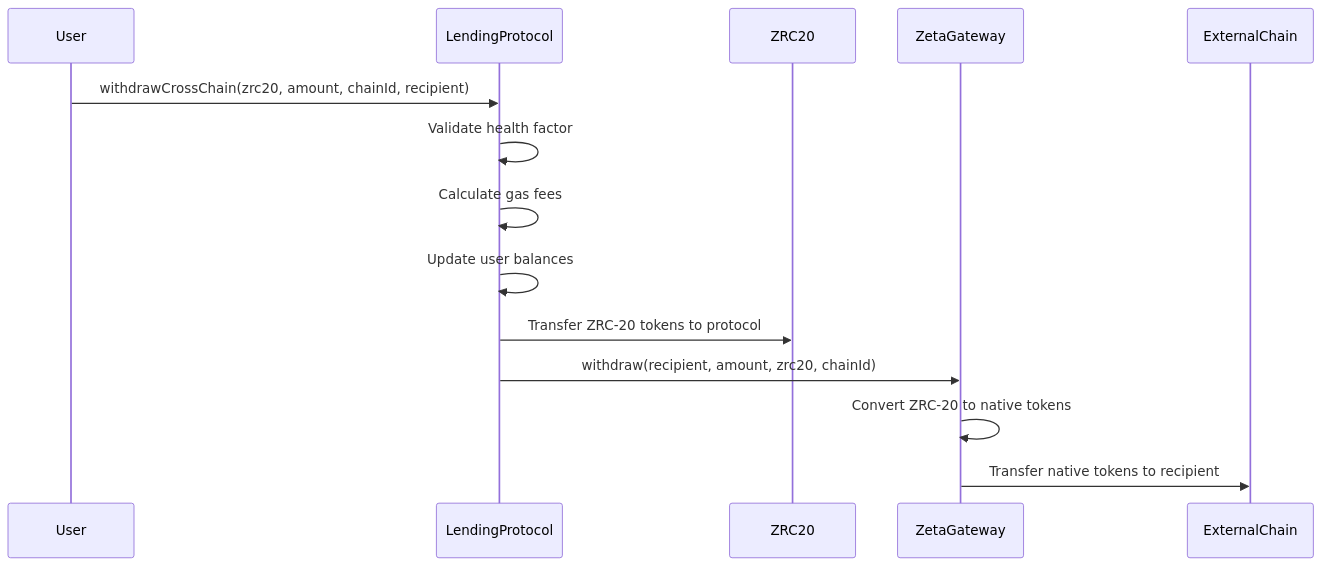
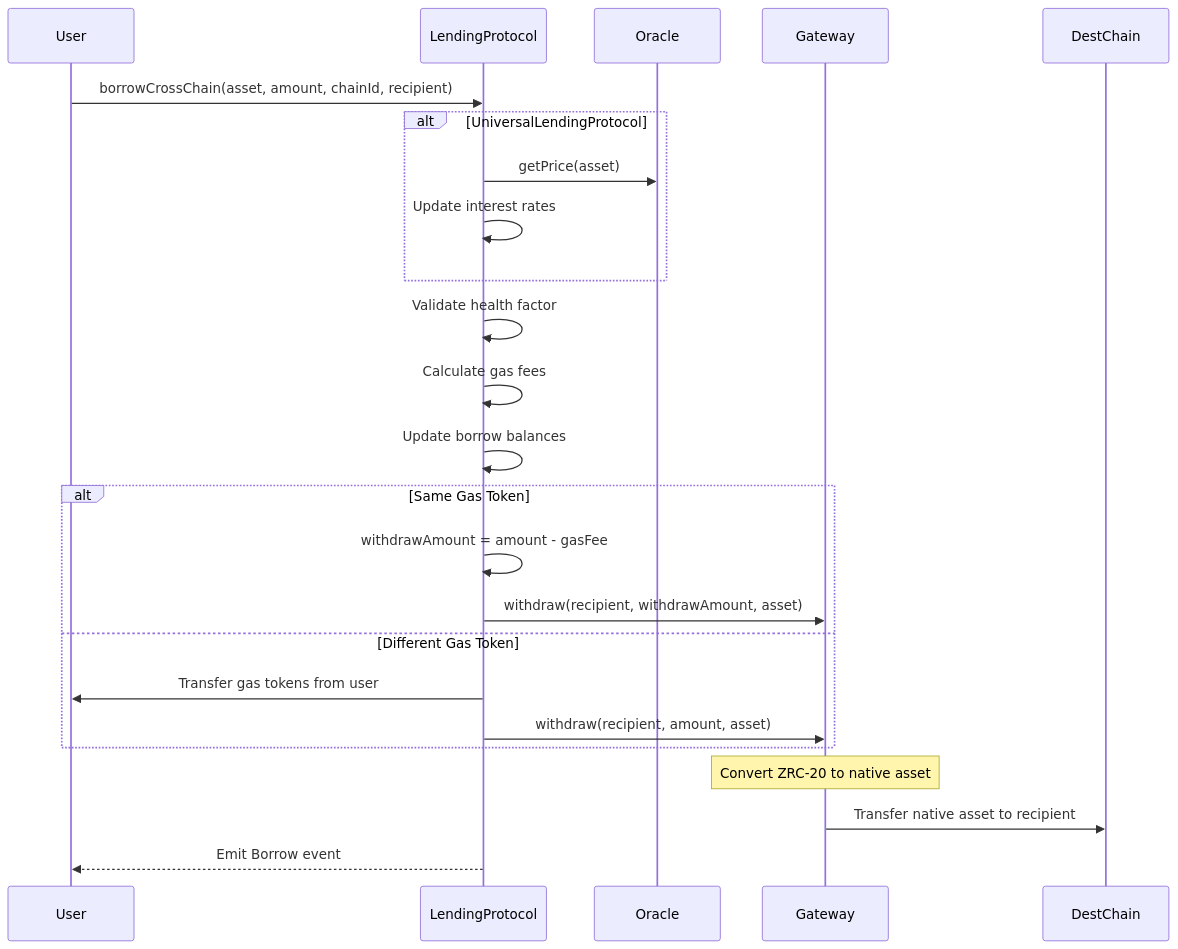
The third of 4 diagrams in lending-zeta/CROSS-CHAIN-LENDING.md (0xnicholasy/zeta-hackathon), drawn with Mermaid before and after one commit. The commit also changed other lines of this file and 11 other files, not shown here.

````diff
--- a/lending-zeta/CROSS-CHAIN-LENDING.md
+++ b/lending-zeta/CROSS-CHAIN-LENDING.md
@@ -151,17 +114,31 @@
 ```mermaid
 sequenceDiagram
     participant User
     participant LendingProtocol
-    participant ZRC20
-    participant ZetaGateway
-    participant ExternalChain
+    participant Oracle
+    participant Gateway
+    participant DestChain
     
-    User->>LendingProtocol: withdrawCrossChain(zrc20, amount, chainId, recipient)
+    User->>LendingProtocol: borrowCrossChain(asset, amount, chainId, recipient)
+    
+    alt UniversalLendingProtocol
+        LendingProtocol->>Oracle: getPrice(asset)
+        LendingProtocol->>LendingProtocol: Update interest rates
+    end
+    
     LendingProtocol->>LendingProtocol: Validate health factor
     LendingProtocol->>LendingProtocol: Calculate gas fees
-    LendingProtocol->>LendingProtocol: Update user balances
-    LendingProtocol->>ZRC20: Transfer ZRC-20 tokens to protocol
-    LendingProtocol->>ZetaGateway: withdraw(recipient, amount, zrc20, chainId)
-    ZetaGateway->>ZetaGateway: Convert ZRC-20 to native tokens
-    ZetaGateway->>ExternalChain: Transfer native tokens to recipient
+    LendingProtocol->>LendingProtocol: Update borrow balances
+    
+    alt Same Gas Token
+        LendingProtocol->>LendingProtocol: withdrawAmount = amount - gasFee
+        LendingProtocol->>Gateway: withdraw(recipient, withdrawAmount, asset)
+    else Different Gas Token
+        LendingProtocol->>User: Transfer gas tokens from user
+        LendingProtocol->>Gateway: withdraw(recipient, amount, asset)
+    end
+    
+    Note over Gateway: Convert ZRC-20 to native asset
+    Gateway->>DestChain: Transfer native asset to recipient
+    LendingProtocol-->>User: Emit Borrow event
 ```
````
